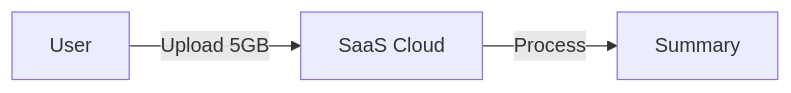
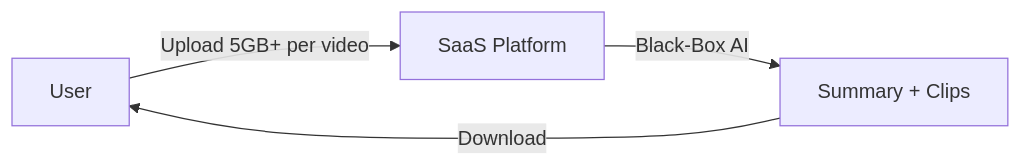
One commit to 0xnithin1/internship-program-jan-26-assignment changed the first of 4 diagrams in Solution_1_Video_Notes.md. Above: the diagram before and after it, drawn with Mermaid. The commit also changed other lines of this file and 1 other file, not shown here.

````diff
--- a/Solution_1_Video_Notes.md
+++ b/Solution_1_Video_Notes.md
@@ -25,5 +16,6 @@
 ```mermaid
 graph LR
-    User[User] -->|Upload 5GB| Cloud[SaaS Cloud]
-    Cloud -->|Process| Output[Summary]
+    User[User] -->|Upload 5GB+ per video| Cloud[SaaS Platform]
+    Cloud -->|Black-Box AI| Output[Summary + Clips]
+    Output -->|Download| User
 ```
````
